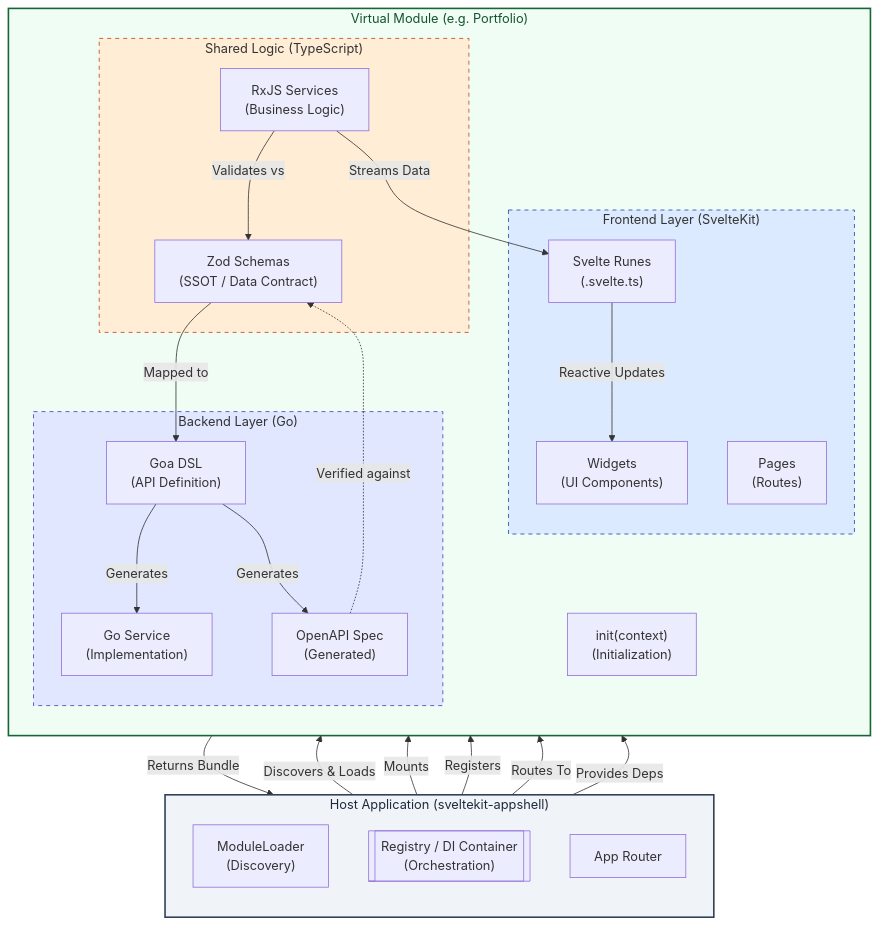
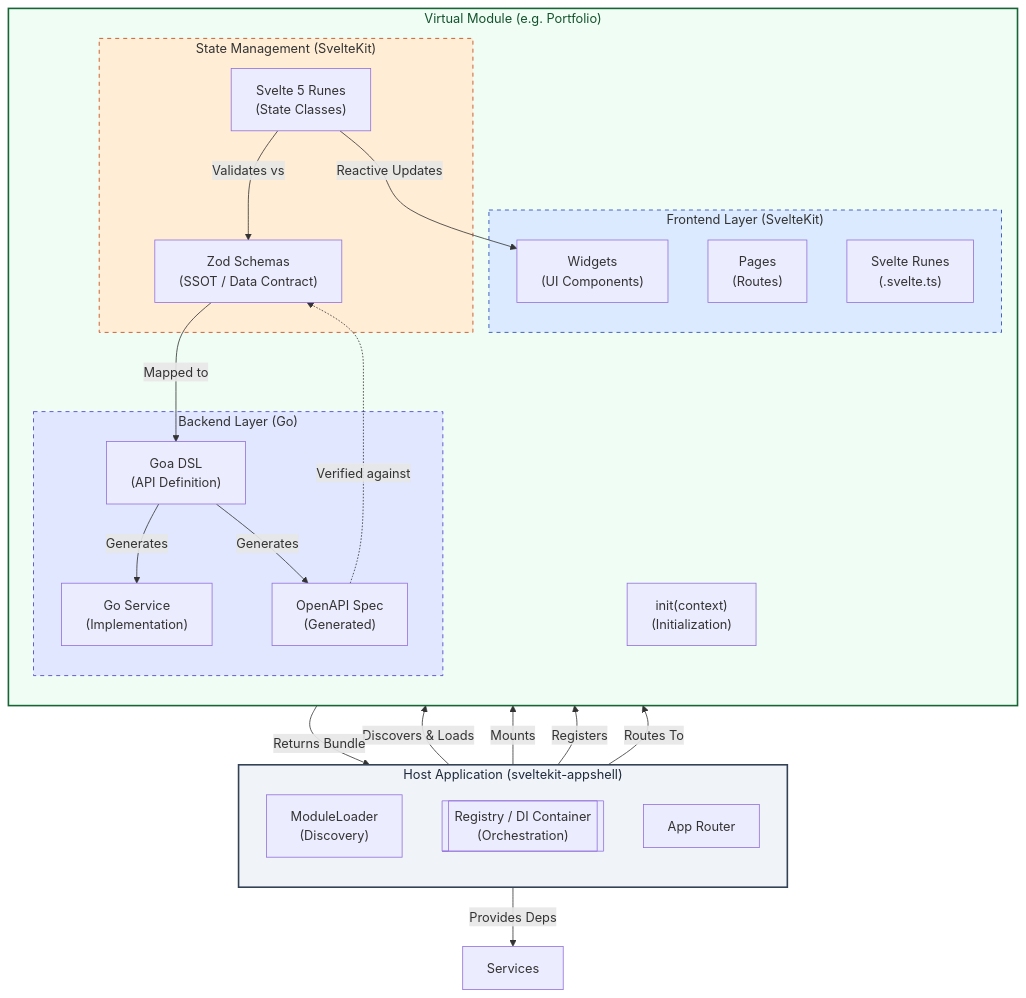
Before and after one commit to reidlai/virtual-module-core: the diagram in docs/VIRTUAL-MODULE-ARCHITECTURE.md, drawn with Mermaid. The commit also changed other lines of this file and 3 other files, not shown here.

````diff
--- a/docs/VIRTUAL-MODULE-ARCHITECTURE.md
+++ b/docs/VIRTUAL-MODULE-ARCHITECTURE.md
@@ -19,62 +19,61 @@
 ```mermaid
 flowchart TD
     %% Subgraph for Host Application
     subgraph HostApp ["Host Application (sveltekit-appshell)"]
         direction TB
         Loader["ModuleLoader<br/>(Discovery)"]
         Registry[["Registry / DI Container<br/>(Orchestration)"]]
         AppRouter["App Router"]
     end
 
     %% Subgraph for Virtual Module
     subgraph VirtualModule ["Virtual Module (e.g. Portfolio)"]
         direction TB
         Init["init(context)<br/>(Initialization)"]
 
         %% Frontend Layer
         subgraph Frontend ["Frontend Layer (SvelteKit)"]
             Widgets["Widgets<br/>(UI Components)"]
             Pages["Pages<br/>(Routes)"]
             Runes["Svelte Runes<br/>(.svelte.ts)"]
         end
 
         %% Shared Logic
-        subgraph Shared ["Shared Logic (TypeScript)"]
-            Services["RxJS Services<br/>(Business Logic)"]
+        subgraph Shared ["State Management (SvelteKit)"]
+            States["Svelte 5 Runes<br/>(State Classes)"]
             Schemas["Zod Schemas<br/>(SSOT / Data Contract)"]
         end
 
         %% Backend Layer
         subgraph Backend ["Backend Layer (Go)"]
             GoService["Go Service<br/>(Implementation)"]
             GoaDSL["Goa DSL<br/>(API Definition)"]
             OpenAPI["OpenAPI Spec<br/>(Generated)"]
         end
     end
 
     %% Lifecycle & Wiring
     Loader -- "Discovers & Loads" --> Init
     Init -- "Returns Bundle" --> Registry
     Registry -- "Mounts" --> Widgets
     Registry -- "Registers" --> Pages
     AppRouter -- "Routes To" --> Pages
     Registry -- "Provides Deps" --> Services
 
     %% Internal Module Flow
-    Services -- "Validates vs" --> Schemas
-    Services -- "Streams Data" --> Runes
-    Runes -- "Reactive Updates" --> Widgets
+    States -- "Validates vs" --> Schemas
+    States -- "Reactive Updates" --> Widgets
     Schemas -- "Mapped to" --> GoaDSL
     GoaDSL -- "Generates" --> GoService
     GoaDSL -- "Generates" --> OpenAPI
 
     %% Contract Verification Loop
     OpenAPI -. "Verified against" .-> Schemas
 
     %% Styling
     style HostApp fill:#f0f4f8,stroke:#334155,stroke-width:2px,color:#1e293b
     style VirtualModule fill:#f0fdf4,stroke:#166534,stroke-width:2px,color:#14532d
     style Frontend fill:#dbeafe,stroke:#1e40af,stroke-dasharray: 5 5
     style Shared fill:#ffedd5,stroke:#c2410c,stroke-dasharray: 5 5
     style Backend fill:#e0e7ff,stroke:#4338ca,stroke-dasharray: 5 5
 ```
````
